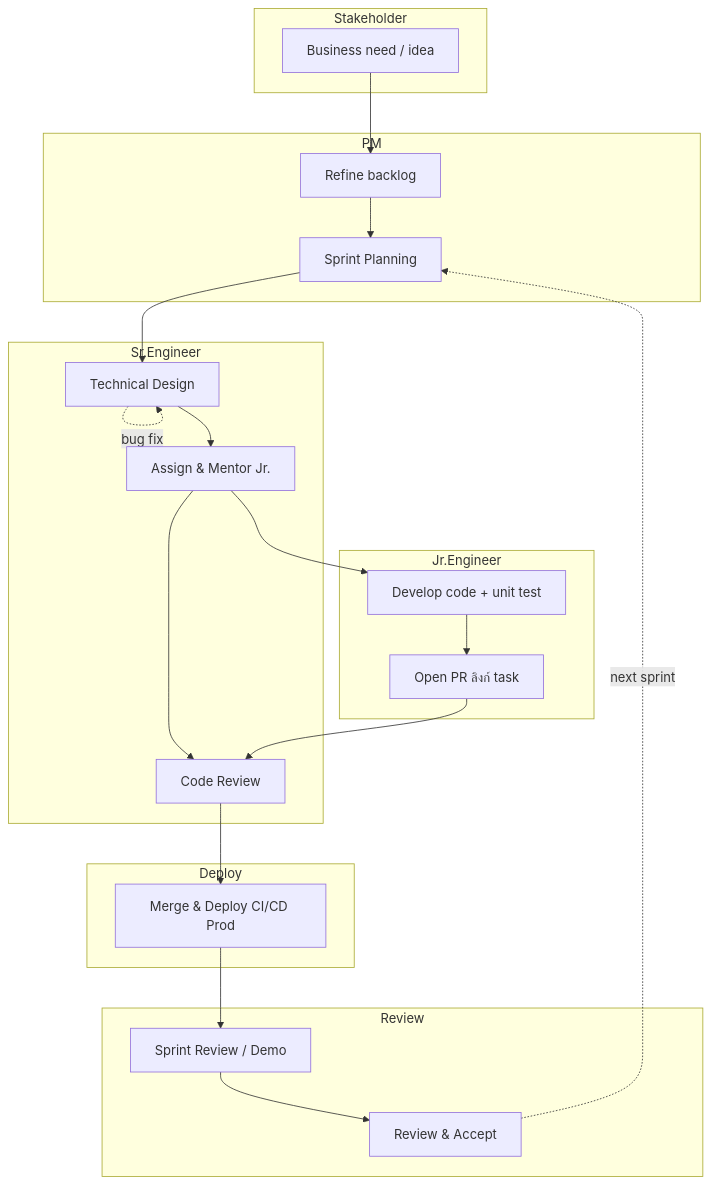
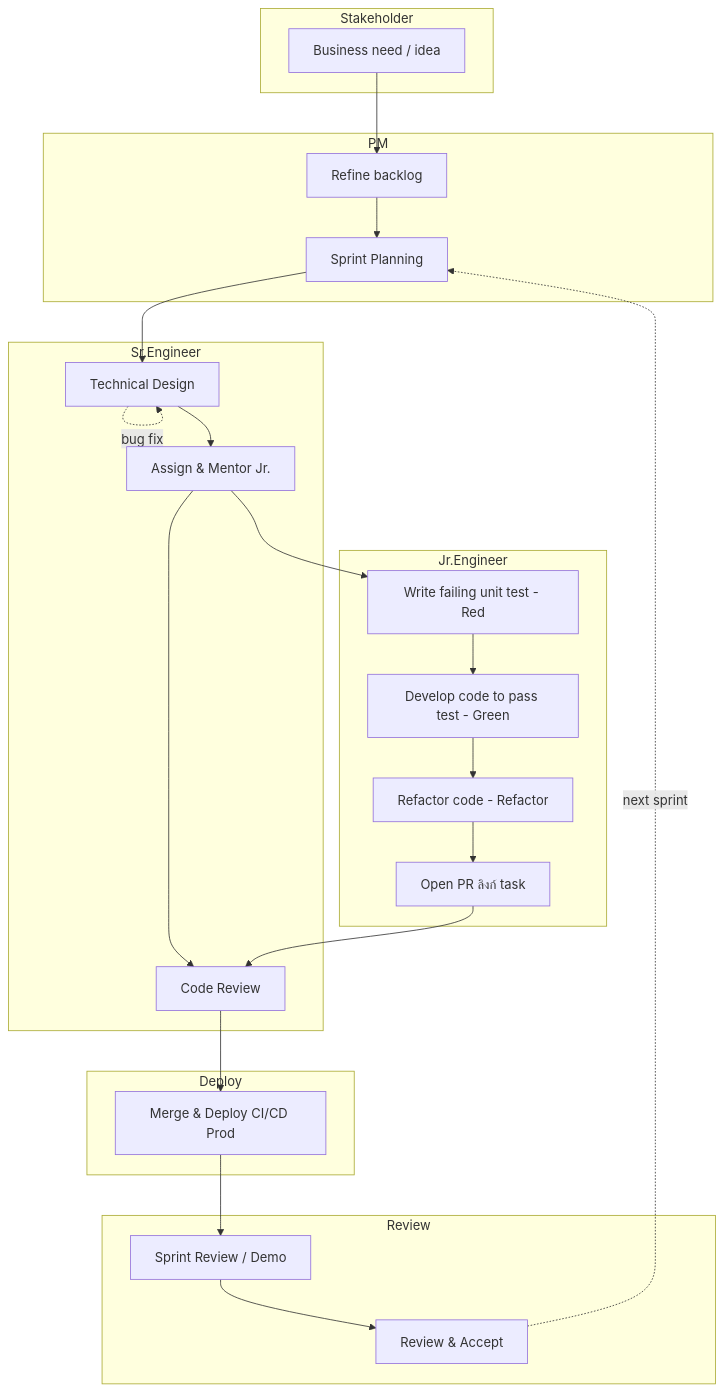
Before and after one commit to Siam-GS-Battery/agent-skill: the second of 3 diagrams in skill-sop-sdlc/ref/00_ONBOARDING/0.1_Welcome_Guide.md, drawn with Mermaid.

Commit message:
docs: update team workflow chart to reflect TDD

````diff
--- a/skill-sop-sdlc/ref/00_ONBOARDING/0.1_Welcome_Guide.md
+++ b/skill-sop-sdlc/ref/00_ONBOARDING/0.1_Welcome_Guide.md
@@ -154,36 +154,38 @@
 ```mermaid
 flowchart TD
     subgraph Stakeholder
         A[Business need / idea]
     end
 
     subgraph PM
         B[Refine backlog] --> C[Sprint Planning]
     end
 
     subgraph Sr.Engineer
         D[Technical Design] --> E[Assign & Mentor Jr.]
         E --> F[Code Review]
     end
 
     subgraph Jr.Engineer
-        G[Develop code + unit test] --> H[Open PR ลิงก์ task]
+        G1[Write failing unit test - Red] --> G2[Develop code to pass test - Green]
+        G2 --> G3[Refactor code - Refactor]
+        G3 --> H[Open PR ลิงก์ task]
     end
 
     subgraph Deploy
         I[Merge & Deploy CI/CD Prod]
     end
 
     subgraph Review
         J[Sprint Review / Demo] --> K[Review & Accept]
     end
 
     A --> B
     C --> D
-    E --> G
+    E --> G1
     H --> F
     D -.->|bug fix| D
     F --> I
     I --> J
     K -.->|next sprint| C
 ```
````
